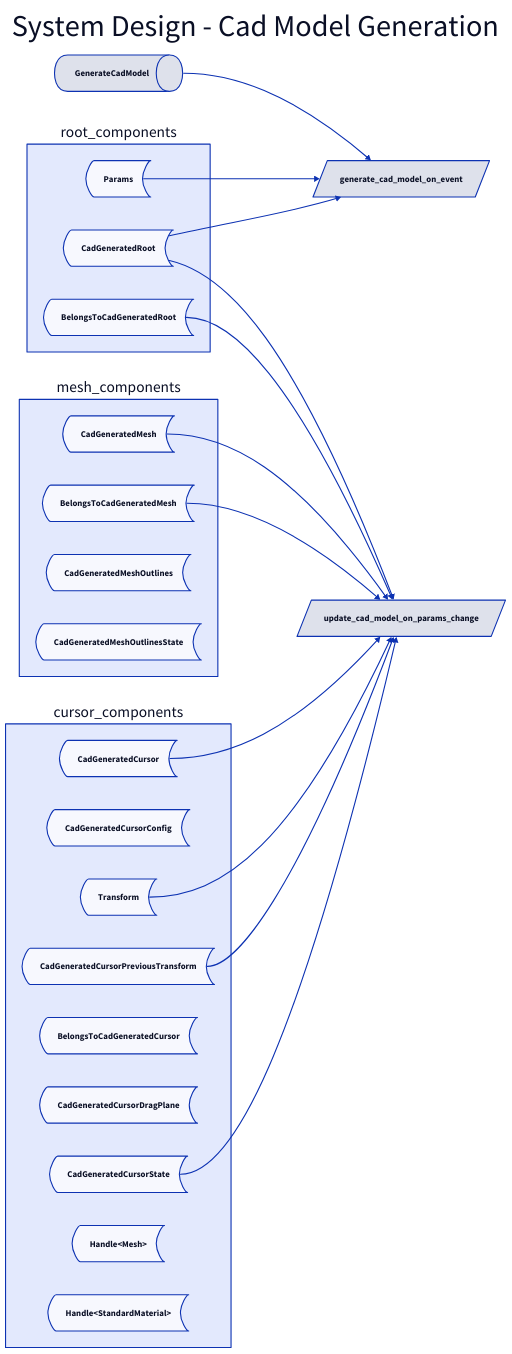
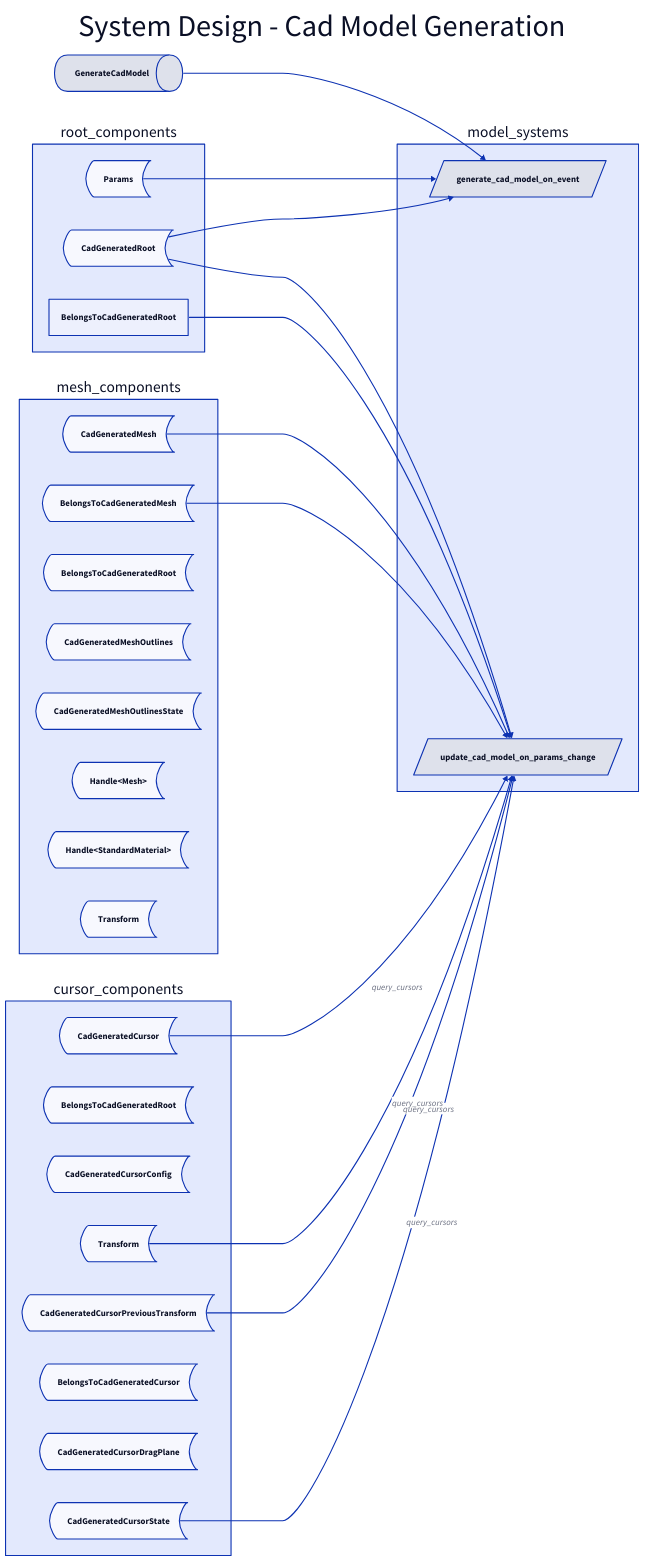
One commit to nilaysavant/bevy_pmetra changed the diagram in crates/parametric_cad_modelling/src/bevy_plugin/systems/cad/system_design.d2. Above: the diagram before and after it, drawn with D2.

Commit message:
WIP diagram edits.

```diff
--- a/crates/parametric_cad_modelling/src/bevy_plugin/systems/cad/system_design.d2
+++ b/crates/parametric_cad_modelling/src/bevy_plugin/systems/cad/system_design.d2
@@ -1,125 +1,137 @@
 # System design for the distributing CAD model generation
 #
 # Optimising for parallism and speed.
 
 # diagram settings...
 direction: right
 
 # heading...
 System Design - Cad Model Generation: {
   shape: text
   near: top-center
   style: {
     font-size: 55
   }
 }
 
 # components used in cad generation...
 
 root_components: {
   Params: {
     shape: stored_data
   }
 
   CadGeneratedRoot: {
     shape: stored_data
   }
-
-  BelongsToCadGeneratedRoot: {
-    shape: stored_data
-  }
 }
 
 mesh_components: {
   CadGeneratedMesh: {
     shape: stored_data
   }
 
   BelongsToCadGeneratedMesh: {
     shape: stored_data
   }
 
+  BelongsToCadGeneratedRoot: {
+    shape: stored_data
+  }
+
   CadGeneratedMeshOutlines: {
     shape: stored_data
   }
 
   CadGeneratedMeshOutlinesState: {
     shape: stored_data
   }
+
+  # native...
+
+  'Handle<Mesh>': {
+    shape: stored_data
+  }
+
+  'Handle<StandardMaterial>': {
+    shape: stored_data
+  }
+
+  Transform: {
+    shape: stored_data
+  }
 }
 
 cursor_components: {
   CadGeneratedCursor: {
+    shape: stored_data
+  }
+
+  BelongsToCadGeneratedRoot: {
     shape: stored_data
   }
 
   CadGeneratedCursorConfig: {
     shape: stored_data
   }
 
   CadGeneratedCursorState: {
     shape: stored_data
   }
 
   CadGeneratedCursorPreviousTransform: {
     shape: stored_data
   }
 
   BelongsToCadGeneratedCursor: {
     shape: stored_data
   }
 
   CadGeneratedCursorDragPlane: {
     shape: stored_data
   }
 
   # native...
 
   Transform: {
     shape: stored_data
   }
-
-  'Handle<Mesh>': {
-    shape: stored_data
-  }
-
-  'Handle<StandardMaterial>': {
-    shape: stored_data
-  }
 }
 
 # evenst used in cad generation...
 
 GenerateCadModel: {
   shape: queue
 }
 
 # systems used in cad generation...
 
-generate_cad_model_on_event: {
-  shape: parallelogram
-}
+model_systems: {
+  generate_cad_model_on_event: {
+    shape: parallelogram
+  }
 
-update_cad_model_on_params_change: {
-  shape: parallelogram
+  update_cad_model_on_params_change: {
+    shape: parallelogram
+  }
 }
 
 # connections...
 
 # event...
-GenerateCadModel -> generate_cad_model_on_event
+GenerateCadModel -> model_systems.generate_cad_model_on_event
 # root...
-root_components.Params -> generate_cad_model_on_event
-root_components.CadGeneratedRoot -> generate_cad_model_on_event
+root_components.Params -> model_systems.generate_cad_model_on_event
+root_components.CadGeneratedRoot -> model_systems.generate_cad_model_on_event
 
 # root..
-root_components.CadGeneratedRoot -> update_cad_model_on_params_change
-root_components.BelongsToCadGeneratedRoot -> update_cad_model_on_params_change
+root_components.CadGeneratedRoot -> model_systems.update_cad_model_on_params_change
+root_components.BelongsToCadGeneratedRoot -> model_systems.update_cad_model_on_params_change
 # mesh...
-mesh_components.CadGeneratedMesh -> update_cad_model_on_params_change
-mesh_components.BelongsToCadGeneratedMesh -> update_cad_model_on_params_change
+mesh_components.CadGeneratedMesh -> model_systems.update_cad_model_on_params_change
+mesh_components.BelongsToCadGeneratedMesh -> model_systems.update_cad_model_on_params_change
 # cursor
-cursor_components.CadGeneratedCursor -> update_cad_model_on_params_change
-cursor_components.Transform -> update_cad_model_on_params_change
-cursor_components.CadGeneratedCursorPreviousTransform -> update_cad_model_on_params_change
-cursor_components.CadGeneratedCursorState -> update_cad_model_on_params_change
+cursor_components.CadGeneratedCursor -> model_systems.update_cad_model_on_params_change: query_cursors
+cursor_components.Transform -> model_systems.update_cad_model_on_params_change: query_cursors
+cursor_components.CadGeneratedCursorPreviousTransform -> model_systems.update_cad_model_on_params_change: query_cursors
+cursor_components.CadGeneratedCursorState -> model_systems.update_cad_model_on_params_change: query_cursors
```
